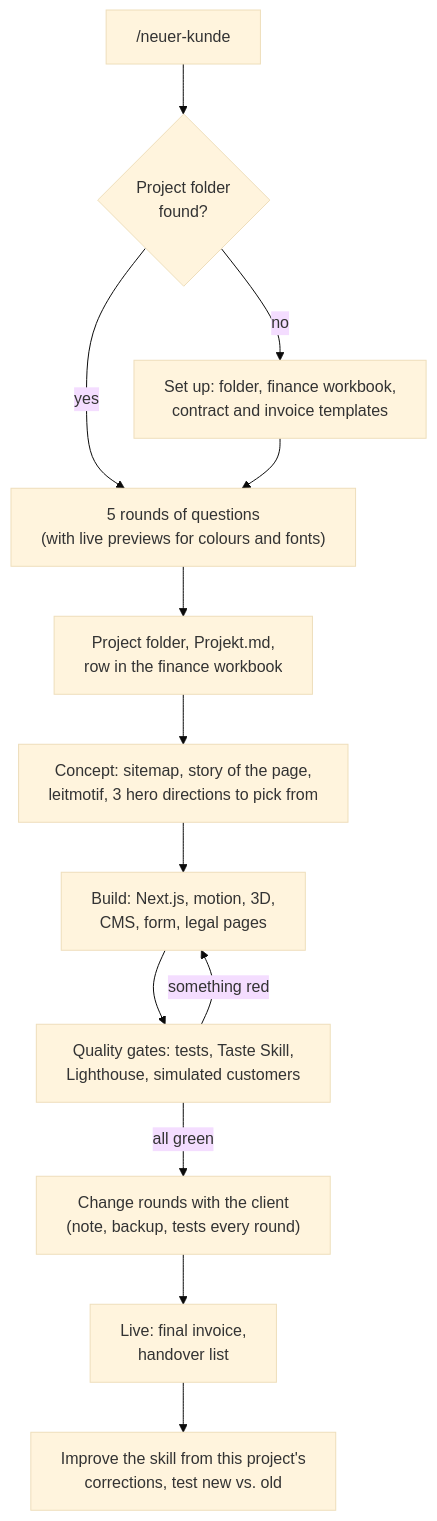
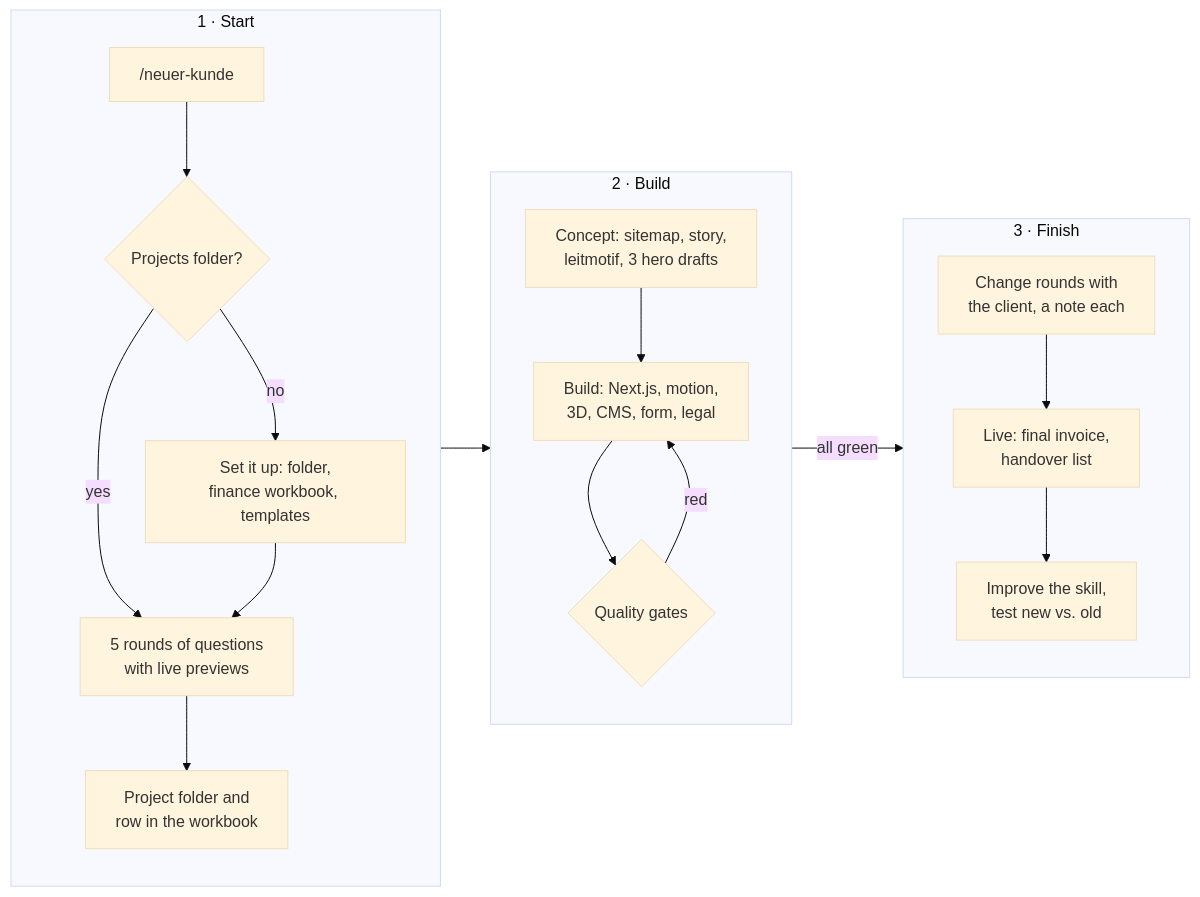
The diagram in README.md (FreeOnur/neuer-kunde-skill), drawn with Mermaid (base theme) before and after one commit.

Commit message:
README: diagram in three columns
Claude-Session: https://claude.ai/code/session_011euoKSSZrigGHM3rE1Xtww

````diff
--- a/README.md
+++ b/README.md
@@ -110,16 +110,24 @@
 ```mermaid
-%%{init: {'flowchart': {'wrappingWidth': 420}}}%%
-flowchart TD
-    A["/neuer-kunde"] --> B{"Project folder<br>found?"}
-    B -- no --> C["Set up: folder, finance workbook,<br>contract and invoice templates"]
-    B -- yes --> D
-    C --> D["5 rounds of questions<br>(with live previews for colours and fonts)"]
-    D --> E["Project folder, Projekt.md,<br>row in the finance workbook"]
-    E --> F["Concept: sitemap, story of the page,<br>leitmotif, 3 hero directions to pick from"]
-    F --> G["Build: Next.js, motion, 3D,<br>CMS, form, legal pages"]
-    G --> H["Quality gates: tests, Taste Skill,<br>Lighthouse, simulated customers"]
-    H -- "something red" --> G
-    H -- "all green" --> I["Change rounds with the client<br>(note, backup, tests every round)"]
-    I --> J["Live: final invoice,<br>handover list"]
-    J --> K["Improve the skill from this project's<br>corrections, test new vs. old"]
+flowchart LR
+    subgraph S1 ["1 · Start"]
+        direction TB
+        A["/neuer-kunde"] --> B{"Projects folder?"}
+        B -- no --> C["Set it up: folder,<br>finance workbook, templates"]
+        B -- yes --> D
+        C --> D["5 rounds of questions<br>with live previews"]
+        D --> E["Project folder and<br>row in the workbook"]
+    end
+    subgraph S2 ["2 · Build"]
+        direction TB
+        F["Concept: sitemap, story,<br>leitmotif, 3 hero drafts"] --> G["Build: Next.js, motion,<br>3D, CMS, form, legal"]
+        G --> H{"Quality gates"}
+        H -- red --> G
+    end
+    subgraph S3 ["3 · Finish"]
+        direction TB
+        I["Change rounds with<br>the client, a note each"] --> J["Live: final invoice,<br>handover list"]
+        J --> K["Improve the skill,<br>test new vs. old"]
+    end
+    S1 --> S2
+    S2 -- all green --> S3
 ```
````
